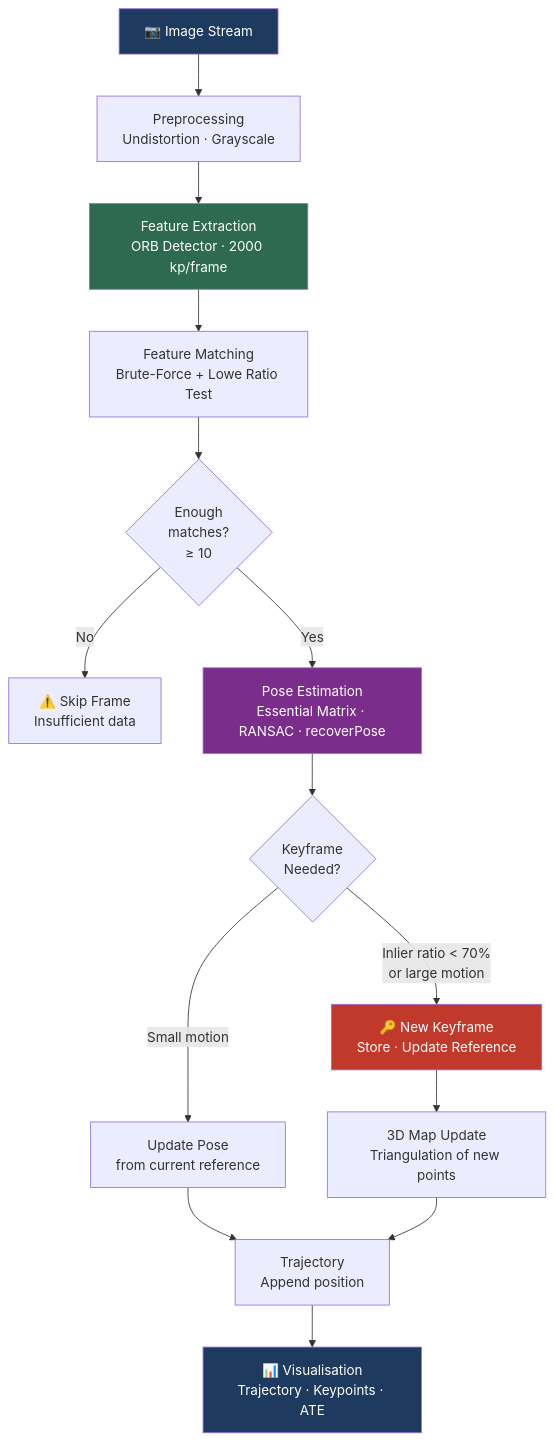
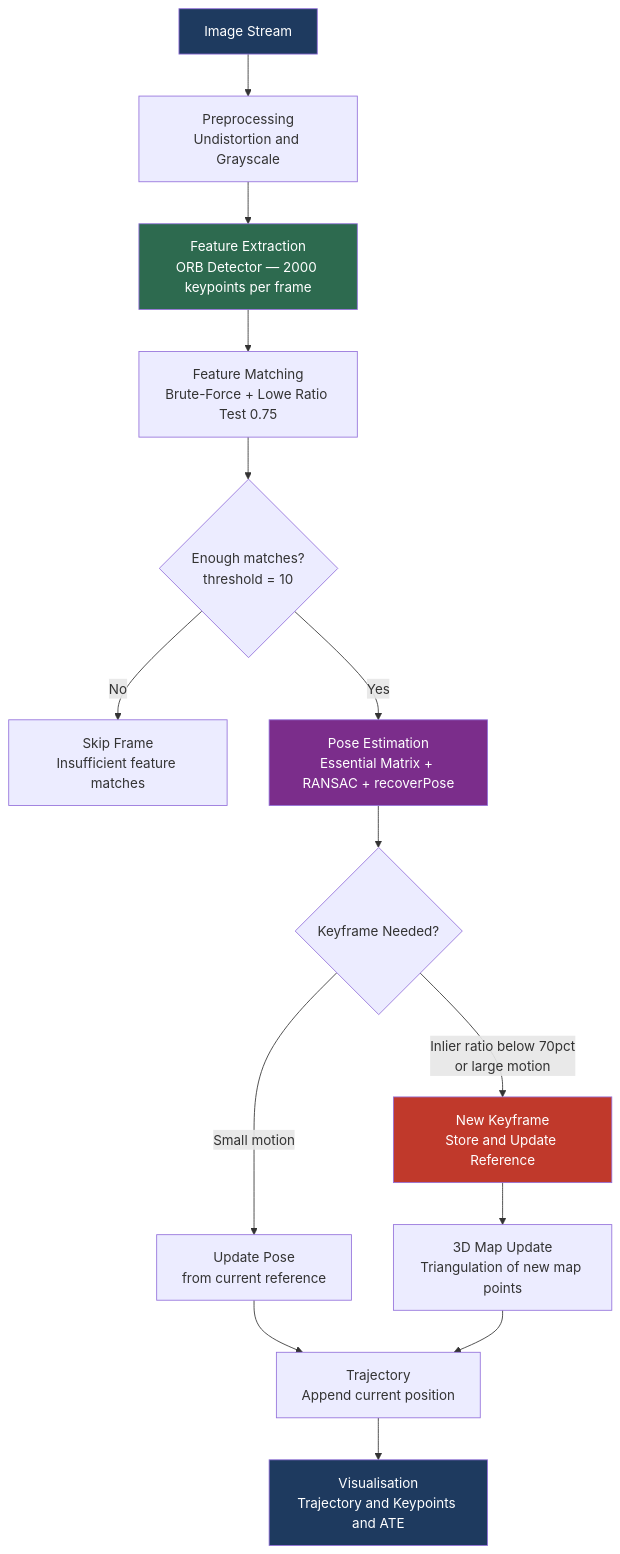
The diagram in README.md (MAYANK12-WQ/Visual-SLAM-from-Scratch), drawn with Mermaid before and after one commit.

Commit message:
fix: remove emojis from Mermaid node labels for cross-renderer compatibility
Replaced emoji characters and Unicode symbols with plain ASCII text in
all Mermaid flowchart node labels to ensure consistent rendering across
GitHub, VS Code, and other Mermaid renderers.

````diff
--- a/README.md
+++ b/README.md
@@ -35,22 +35,34 @@
 ```mermaid
 flowchart TD
-    A[📷 Image Stream] --> B[Preprocessing\nUndistortion · Grayscale]
-    B --> C[Feature Extraction\nORB Detector · 2000 kp/frame]
-    C --> D[Feature Matching\nBrute-Force + Lowe Ratio Test]
-    D --> E{Enough\nmatches?\n≥ 10}
-    E -- No --> F[⚠️ Skip Frame\nInsufficient data]
-    E -- Yes --> G[Pose Estimation\nEssential Matrix · RANSAC · recoverPose]
-    G --> H{Keyframe\nNeeded?}
-    H -- Inlier ratio < 70%\nor large motion --> I[🔑 New Keyframe\nStore · Update Reference]
-    H -- Small motion --> J[Update Pose\nfrom current reference]
-    I --> K[3D Map Update\nTriangulation of new points]
-    J --> L[Trajectory\nAppend position]
+    A[Image Stream] --> B[Preprocessing
+Undistortion and Grayscale]
+    B --> C[Feature Extraction
+ORB Detector — 2000 keypoints per frame]
+    C --> D[Feature Matching
+Brute-Force + Lowe Ratio Test 0.75]
+    D --> E{Enough matches?
+threshold = 10}
+    E -- No --> F[Skip Frame
+Insufficient feature matches]
+    E -- Yes --> G[Pose Estimation
+Essential Matrix + RANSAC + recoverPose]
+    G --> H{Keyframe Needed?}
+    H -- Inlier ratio below 70pct
+or large motion --> I[New Keyframe
+Store and Update Reference]
+    H -- Small motion --> J[Update Pose
+from current reference]
+    I --> K[3D Map Update
+Triangulation of new map points]
+    J --> L[Trajectory
+Append current position]
     K --> L
-    L --> M[📊 Visualisation\nTrajectory · Keypoints · ATE]
+    L --> M[Visualisation
+Trajectory and Keypoints and ATE]
 
     style A fill:#1e3a5f,color:#fff
     style C fill:#2d6a4f,color:#fff
     style G fill:#7b2d8b,color:#fff
     style I fill:#c0392b,color:#fff
     style M fill:#1e3a5f,color:#fff
 ```
````
